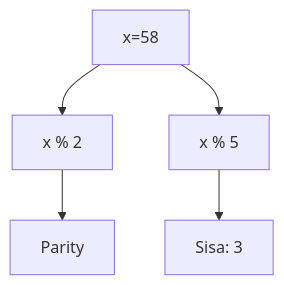
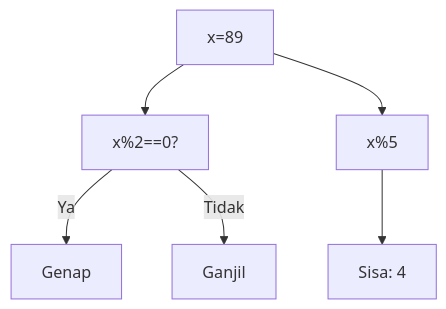
One commit to amnahwaida/OSNK_INF_PREP changed the sixth of 25 diagrams in part-c-pemahaman-cpp/03-perulangan/latihan/set-08.md. Above: the diagram before and after it, drawn with Mermaid. The commit also changed other lines of this file and 71 other files, not shown here.

Commit message:
Fixed Mermaid syntax lexical errors with quoted labels in 1,800 questions

````diff
--- a/part-c-pemahaman-cpp/03-perulangan/latihan/set-08.md
+++ b/part-c-pemahaman-cpp/03-perulangan/latihan/set-08.md
@@ -325,7 +183,8 @@
 ```mermaid
 graph TD
-A[x=58] --> B[x % 2]
-B --> C[Parity]
-A --> D[x % 5]
-D --> E[Sisa: 3]
+A["x=89"] --> B["x%2==0?"]
+B -- Ya --> C["Genap"]
+B -- Tidak --> D["Ganjil"]
+A --> E["x%5"]
+E --> F["Sisa: 4"]
 ```
````
